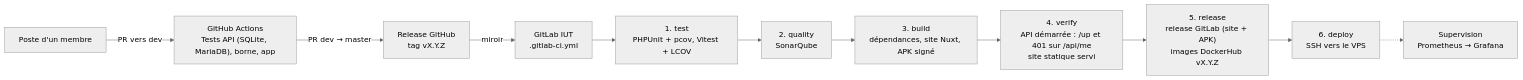
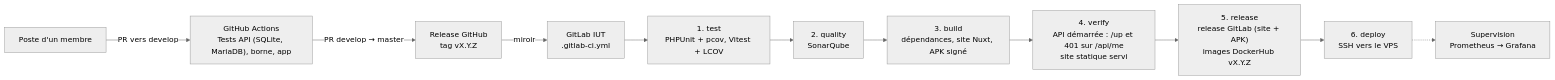
The diagram in docs/r507-pipeline.md (Scubatana/scubanion), drawn with Mermaid (neutral theme) before and after one commit. The commit also changed other lines of this file and 12 other files, not shown here.

Commit message:
ci: renommer la branche d'intégration dev en develop

````diff
--- a/docs/r507-pipeline.md
+++ b/docs/r507-pipeline.md
@@ -16,13 +16,13 @@
 ```mermaid
 flowchart LR
-  DEV["Poste d'un membre"] -->|"PR vers dev"| GHA["GitHub Actions<br/>Tests API (SQLite, MariaDB), borne, app"]
-  GHA -->|"PR dev → master"| REL["Release GitHub<br/>tag vX.Y.Z"]
+  DEV["Poste d'un membre"] -->|"PR vers develop"| GHA["GitHub Actions<br/>Tests API (SQLite, MariaDB), borne, app"]
+  GHA -->|"PR develop → master"| REL["Release GitHub<br/>tag vX.Y.Z"]
   REL -->|"miroir"| GL["GitLab IUT<br/>.gitlab-ci.yml"]
   GL --> T["1. test<br/>PHPUnit + pcov, Vitest + LCOV"]
   T --> Q["2. quality<br/>SonarQube"]
   Q --> B["3. build<br/>dépendances, site Nuxt, APK signé"]
   B --> V["4. verify<br/>API démarrée : /up et 401 sur /api/me<br/>site statique servi"]
   V --> R["5. release<br/>release GitLab (site + APK)<br/>images DockerHub vX.Y.Z"]
   R --> D["6. deploy<br/>SSH vers le VPS"]
   D -.-> M["Supervision<br/>Prometheus → Grafana"]
 ```
````
